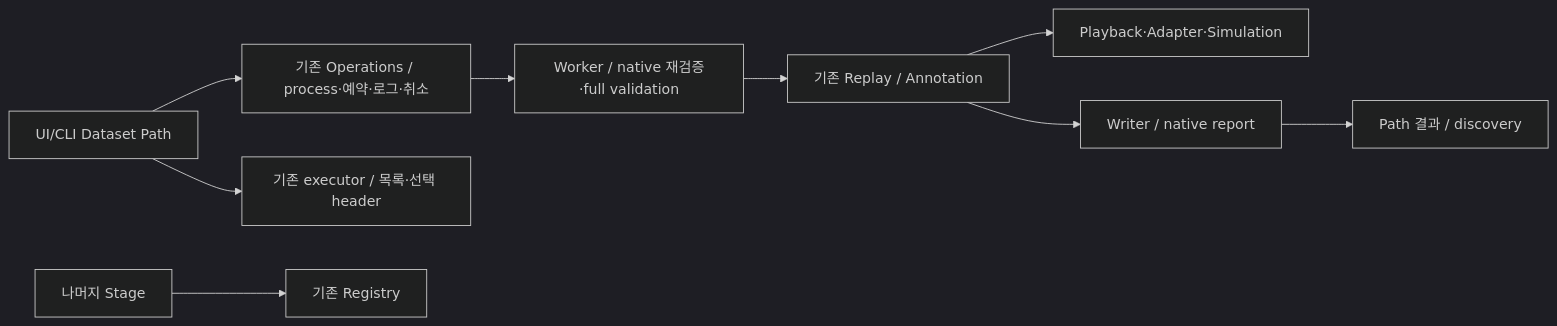
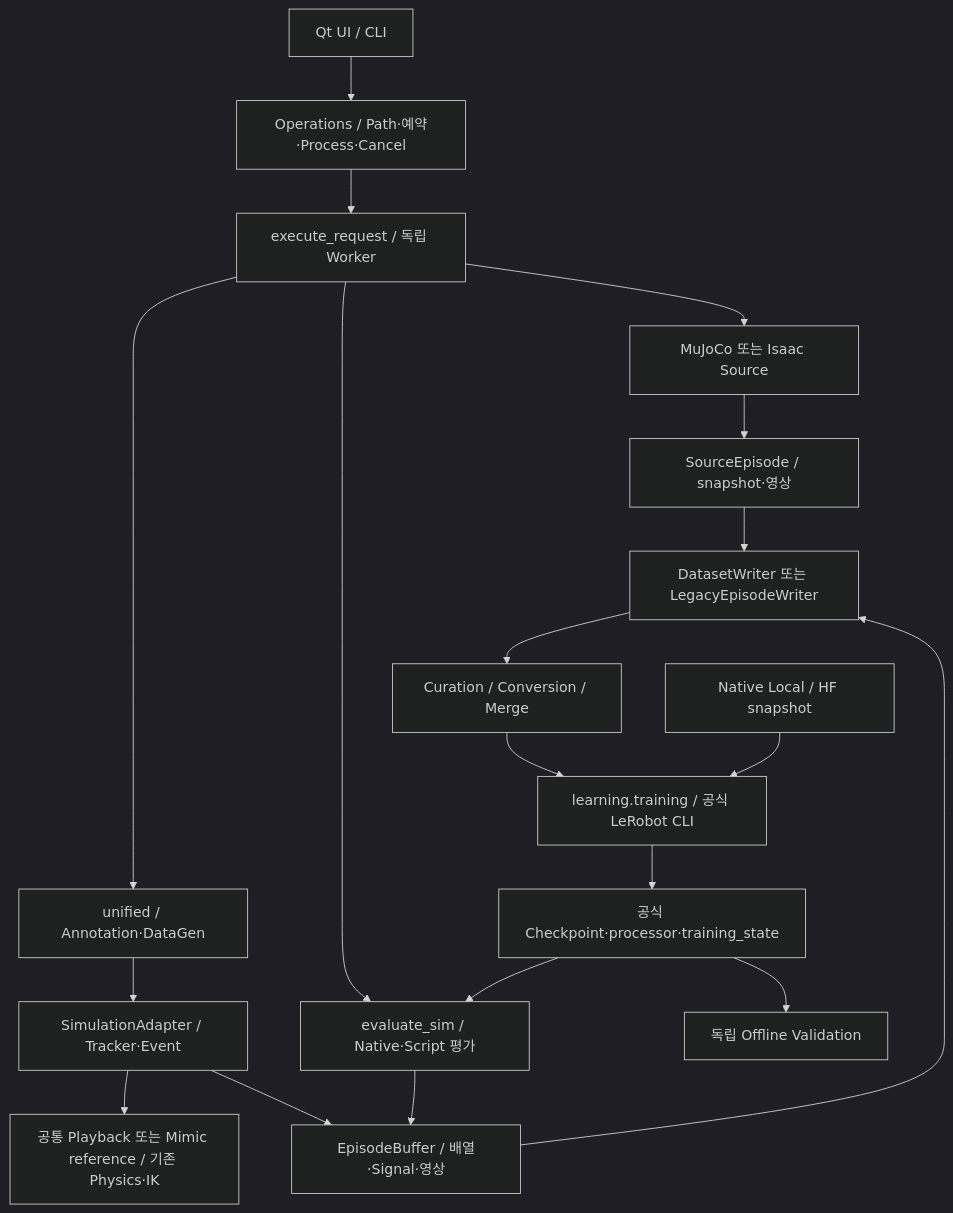
One commit to HYEONHEE5739/so101-isaaclab changed the diagram in docs/architecture/SYSTEM_FLOW.md. Above: the diagram before and after it, drawn with Mermaid (dark theme). The commit also changed other lines of this file and 125 other files, not shown here.

Commit message:
Integrate Real2Sim Task SDK and LeRobot workflows

````diff
--- a/docs/architecture/SYSTEM_FLOW.md
+++ b/docs/architecture/SYSTEM_FLOW.md
@@ -23,11 +5,21 @@
 ```mermaid
-flowchart LR
-    U[UI/CLI Dataset Path] --> O[기존 Operations / process·예약·로그·취소]
-    U --> H[기존 executor / 목록·선택 header]
-    O --> W[Worker / native 재검증·full validation]
-    W --> R[기존 Replay / Annotation]
-    R --> S[Playback·Adapter·Simulation]
-    R --> D[Writer / native report]
-    D --> P[Path 결과 / discovery]
-    REST[나머지 Stage] --> REG[기존 Registry]
+flowchart TB
+ UI[Qt UI / CLI] --> O[Operations / Path·예약·Process·Cancel]
+ O --> W[execute_request / 독립 Worker]
+ W --> S[MuJoCo 또는 Isaac Source]
+ W --> U[unified / Annotation·DataGen]
+ W --> E[evaluate_sim / Native·Script 평가]
+ S --> R[SourceEpisode / snapshot·영상]
+ U --> A[SimulationAdapter / Tracker·Event]
+ A --> P[공통 Playback 또는 Mimic reference / 기존 Physics·IK]
+ A --> B[EpisodeBuffer / 배열·Signal·영상]
+ R --> D[DatasetWriter 또는 LegacyEpisodeWriter]
+ B --> D
+ E --> B
+ D --> C[Curation / Conversion / Merge]
+ C --> T[learning.training / 공식 LeRobot CLI]
+ HF[Native Local / HF snapshot] --> T
+ T --> CK[공식 Checkpoint·processor·training_state]
+ CK --> V[독립 Offline Validation]
+ CK --> E
 ```
````
